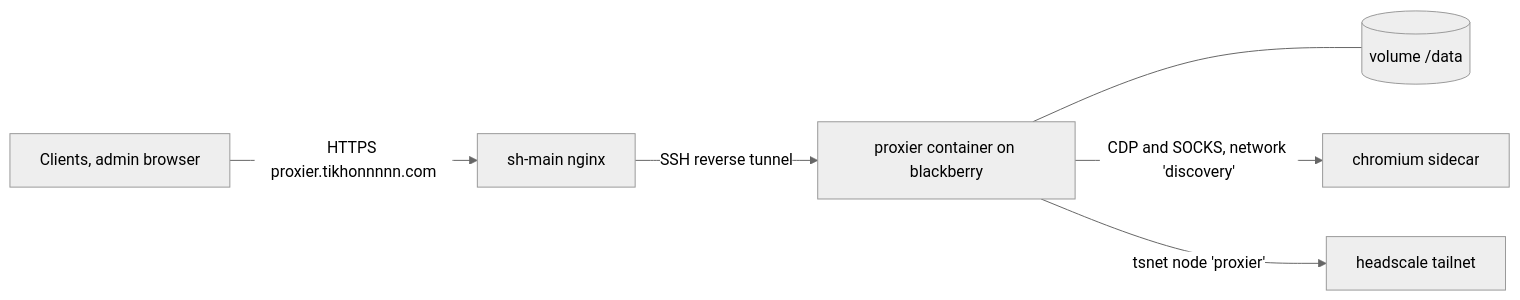
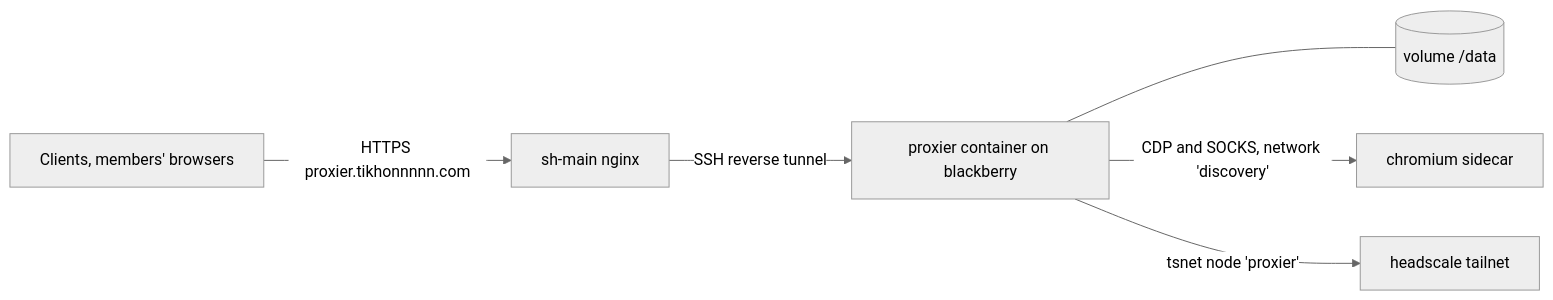
One commit to tikhonp/proxier changed the diagram in docs/deployment.md. Above: the diagram before and after it, drawn with Mermaid (neutral theme). The commit also changed other lines of this file and 67 other files, not shown here.

````diff
--- a/docs/deployment.md
+++ b/docs/deployment.md
@@ -7,8 +7,8 @@
 ```mermaid
 flowchart LR
-    C[Clients, admin browser] -- HTTPS proxier.tikhonnnnn.com --> N[sh-main nginx]
+    C[Clients, members' browsers] -- HTTPS proxier.tikhonnnnn.com --> N[sh-main nginx]
     N -- SSH reverse tunnel --> P[proxier container on blackberry]
     P --- V[(volume /data)]
     P -- CDP and SOCKS, network 'discovery' --> B[chromium sidecar]
     P -- tsnet node 'proxier' --> H[headscale tailnet]
 ```
````
